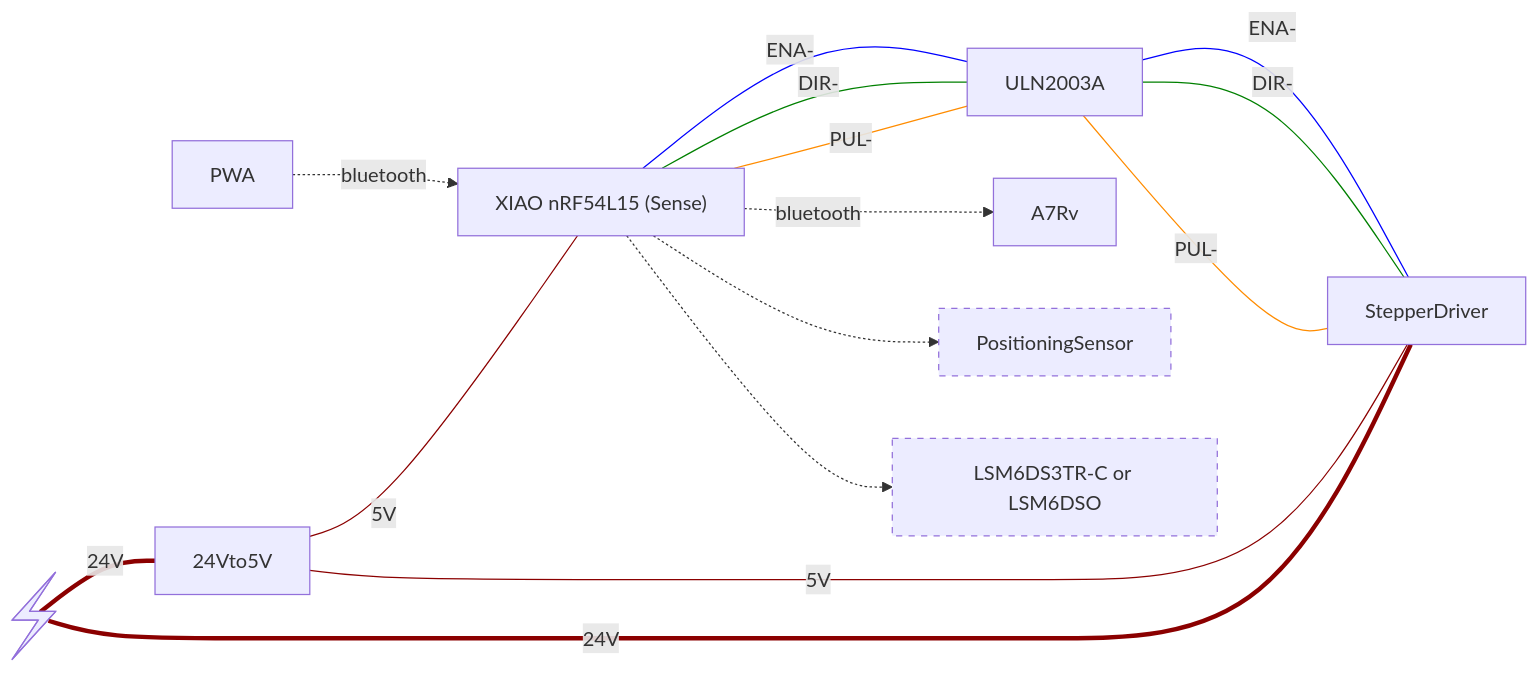
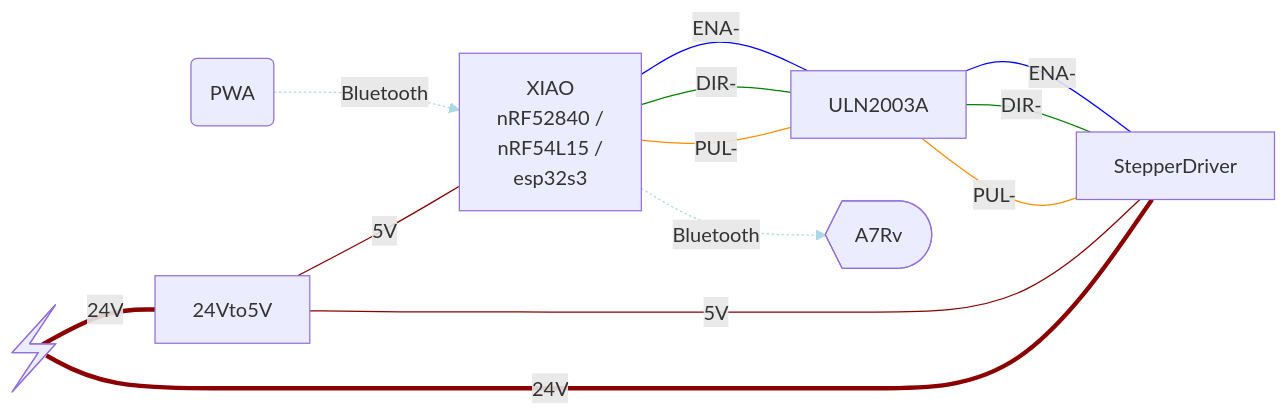
The diagram in electronics/sketch.mmd (maxhbr/zephyr-rail), drawn with Mermaid before and after one commit. The commit also changed 1 other file, not shown here.

```diff
--- a/electronics/sketch.mmd
+++ b/electronics/sketch.mmd
@@ -1,48 +1,42 @@
 ---
 config:
 ---
 flowchart LR;
 
-  MCU@{ label: "XIAO nRF54L15 (Sense)" }
-  PWA-. bluetooth .->MCU
+  MCU@{ label: "XIAO\nnRF52840 /\nnRF54L15 /\nesp32s3" }
+  PWA@{ label: "PWA", shape: rounded }
+  PWA-. Bluetooth .->MCU
 
   StepperDriver
   
   ULN2003A
   MCU ---|ENA-| ULN2003A
   MCU ---|DIR-| ULN2003A
   MCU ---|PUL-| ULN2003A
   ULN2003A  ---|ENA-| StepperDriver
   ULN2003A  ---|DIR-| StepperDriver
   ULN2003A  ---|PUL-| StepperDriver
 
 
   24Vto5V
   24V@{ shape: bolt }
   24V ===|24V| 24Vto5V
   24Vto5V ---|5V| MCU
   24Vto5V ----|5V| StepperDriver
   24V =====|24V| StepperDriver
 
-  Camera@{label: "A7Rv"}
-  MCU-. bluetooth .->Camera
+  Camera@{label: "A7Rv", shape: curv-trap }
+  MCU-. Bluetooth .->Camera
 
-  PositioningSensor
-  style PositioningSensor stroke-dasharray: 5 5
-  MCU -.-> PositioningSensor
-
-
-  IMU@{label: "LSM6DS3TR-C or LSM6DSO"}
-  style IMU stroke-dasharray: 5 5
-  MCU -.-> IMU
-
+  linkStyle 0  stroke: lightblue
   linkStyle 1  stroke: blue
   linkStyle 2  stroke: green
   linkStyle 3  stroke: darkorange
   linkStyle 4  stroke: blue
   linkStyle 5  stroke: green
   linkStyle 6  stroke: darkorange
   linkStyle 7  stroke: darkred
   linkStyle 8  stroke: darkred
   linkStyle 9  stroke: darkred
   linkStyle 10 stroke: darkred
+  linkStyle 11 stroke: lightblue
```
